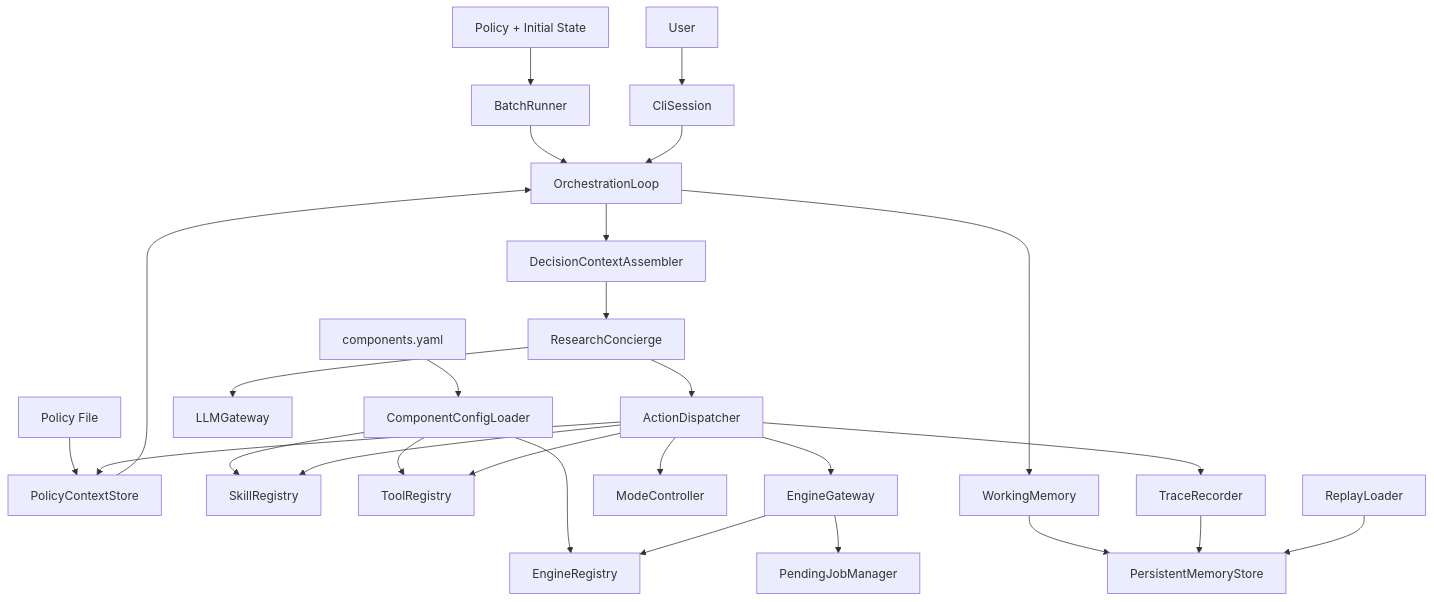
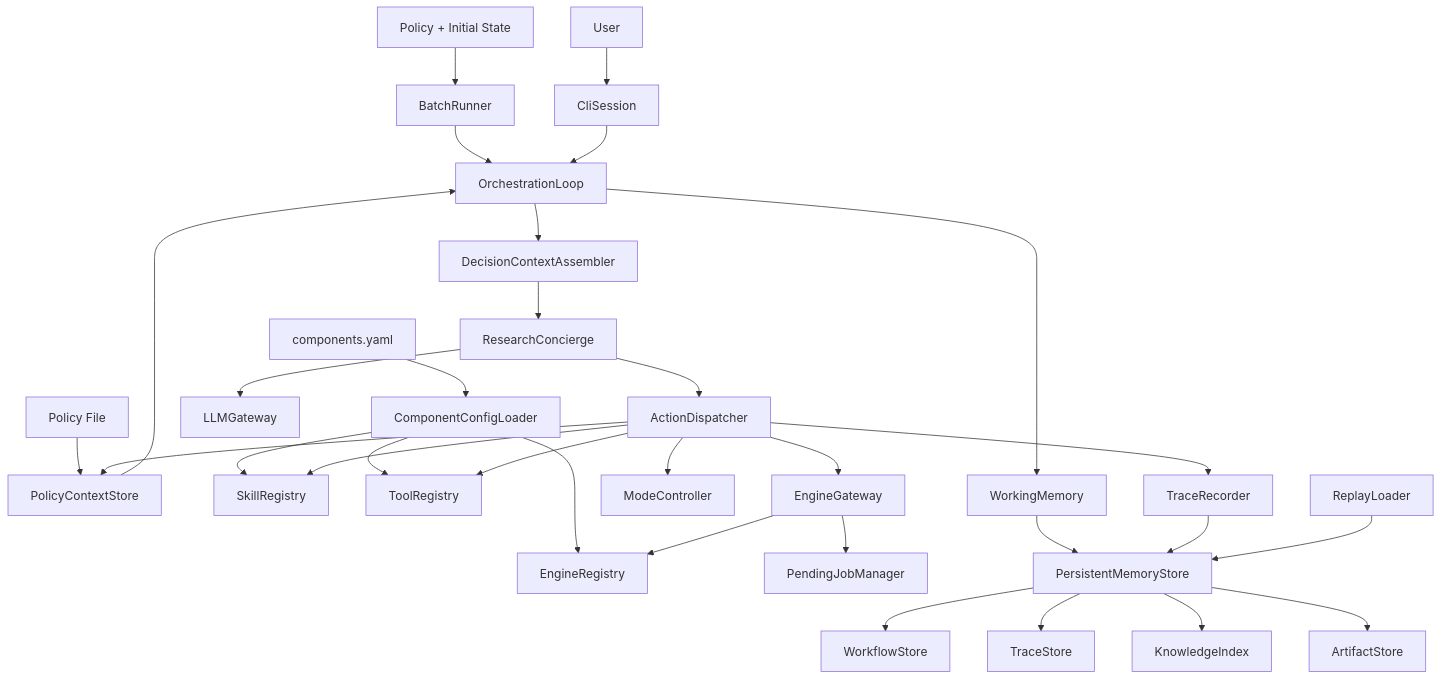
The first of 3 diagrams in .kiro/specs/eqorch/design.md (kenoogl/eqorch), drawn with Mermaid before and after one commit. The commit also changed other lines of this file and 2 other files, not shown here.

````diff
--- a/.kiro/specs/eqorch/design.md
+++ b/.kiro/specs/eqorch/design.md
@@ -54,29 +58,33 @@
 ```mermaid
 graph TB
     User --> CliSession
     BatchInput["Policy + Initial State"] --> BatchRunner
     PolicyFile["Policy File"] --> PolicyContextStore
     ComponentConfig["components.yaml"] --> ComponentConfigLoader
     PolicyContextStore --> OrchestrationLoop
     BatchRunner --> OrchestrationLoop
     CliSession --> OrchestrationLoop
     ComponentConfigLoader --> SkillRegistry
     ComponentConfigLoader --> ToolRegistry
     ComponentConfigLoader --> EngineRegistry
     OrchestrationLoop --> DecisionContextAssembler
     DecisionContextAssembler --> ResearchConcierge
     ResearchConcierge --> LLMGateway
     ResearchConcierge --> ActionDispatcher
     ActionDispatcher --> SkillRegistry
     ActionDispatcher --> ToolRegistry
     ActionDispatcher --> EngineGateway
     ActionDispatcher --> ModeController
     ActionDispatcher --> PolicyContextStore
     ActionDispatcher --> TraceRecorder
     EngineGateway --> EngineRegistry
     EngineGateway --> PendingJobManager
     OrchestrationLoop --> WorkingMemory
     WorkingMemory --> PersistentMemoryStore
     TraceRecorder --> PersistentMemoryStore
     ReplayLoader --> PersistentMemoryStore
+    PersistentMemoryStore --> WorkflowStore
+    PersistentMemoryStore --> TraceStore
+    PersistentMemoryStore --> KnowledgeIndex
+    PersistentMemoryStore --> ArtifactStore
 ```
````
